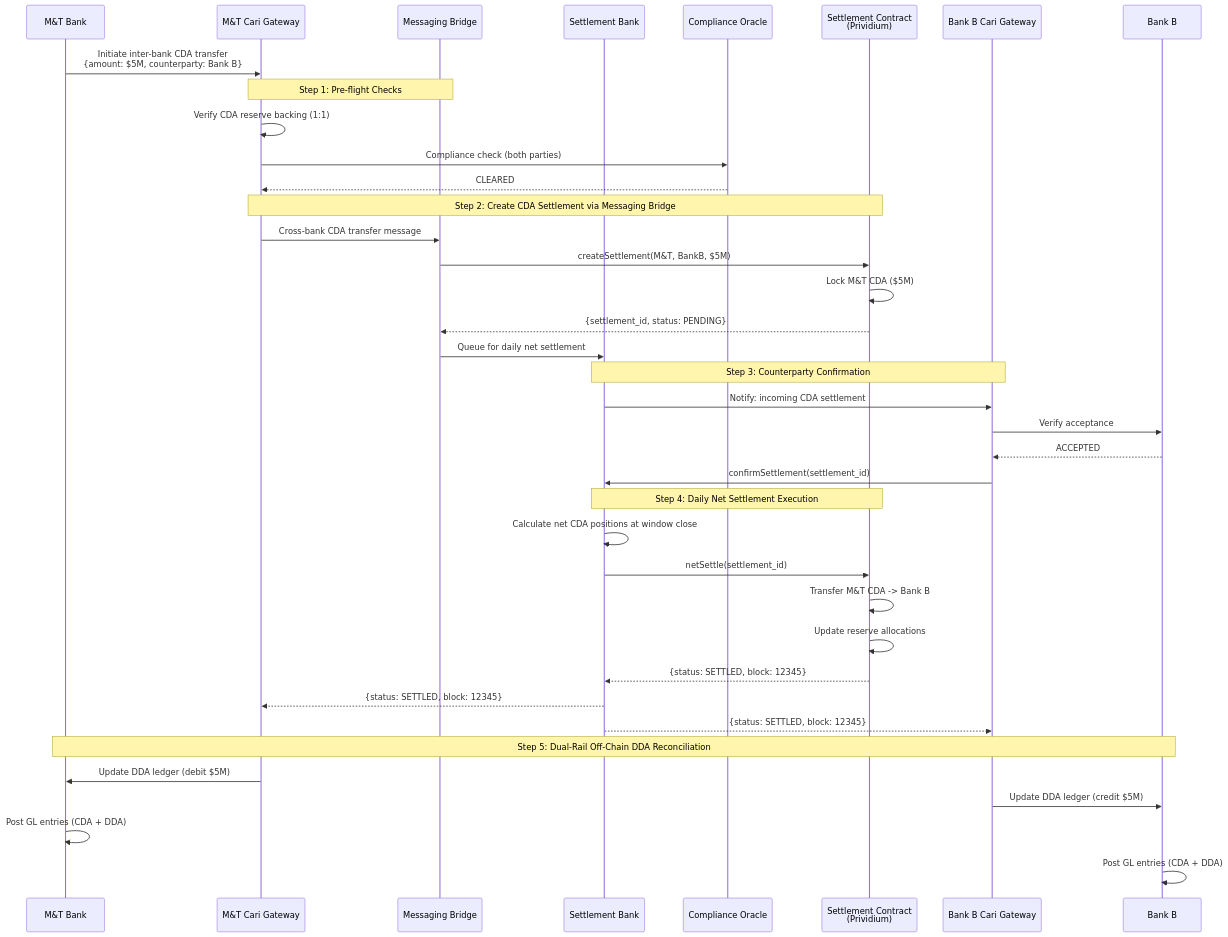
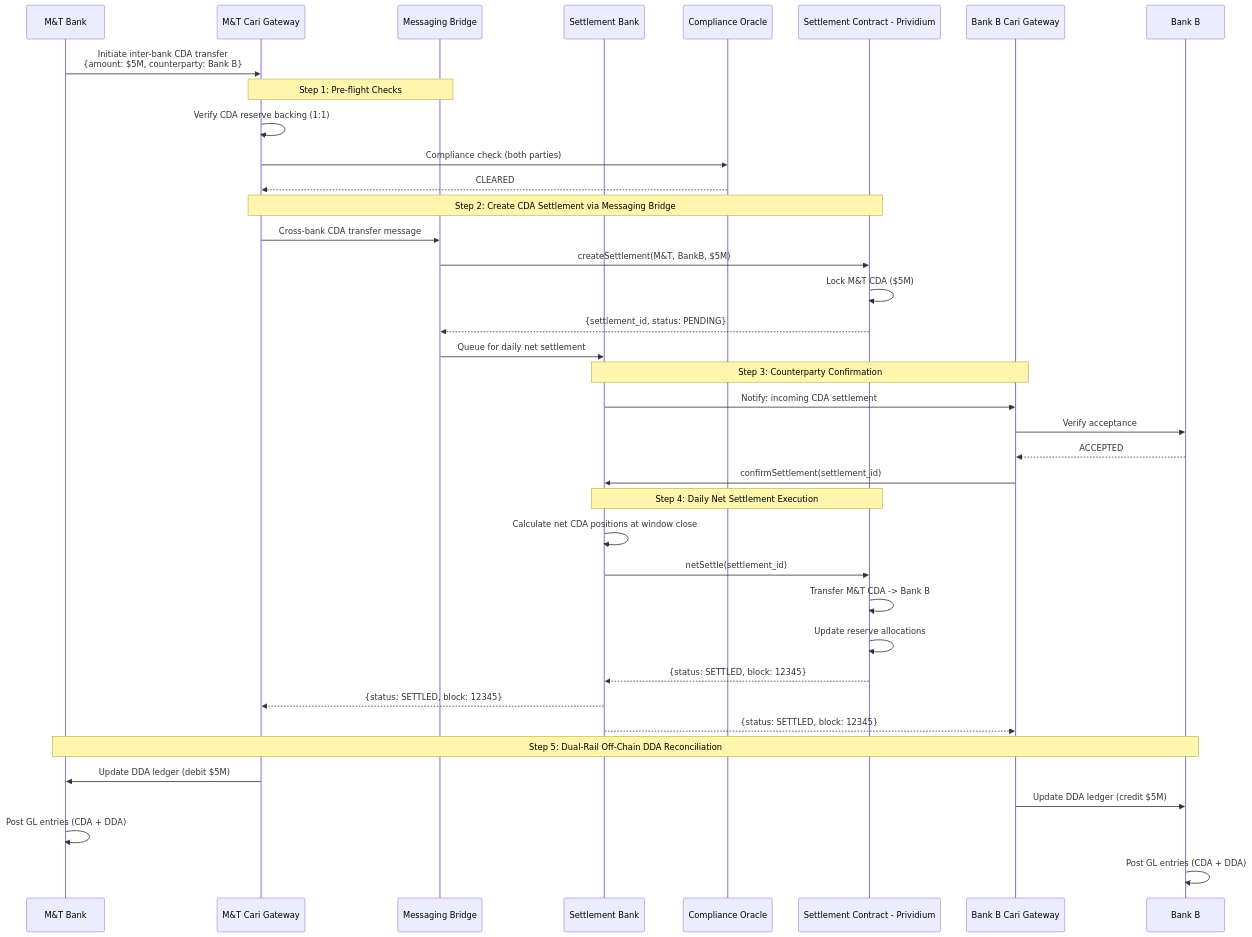
One commit to jnodes/tokenized-deposits changed the third of 7 diagrams in arb_package/end_to_end_flows.md. Above: the diagram before and after it, drawn with Mermaid. The commit also changed other lines of this file and 6 other files, not shown here.

Commit message:
fix: repair Mermaid diagram syntax for GitHub rendering — quote special chars, remove em-dashes, fix participant labels

````diff
--- a/arb_package/end_to_end_flows.md
+++ b/arb_package/end_to_end_flows.md
@@ -145,46 +145,46 @@
 ```mermaid
 sequenceDiagram
     participant MT as M&T Bank
     participant MT_GW as M&T Cari Gateway
     participant BRIDGE as Messaging Bridge
     participant SBANK as Settlement Bank
     participant ORACLE as Compliance Oracle
-    participant SETTLE as Settlement Contract<br/>(Prividium)
+    participant SETTLE as Settlement Contract - Prividium
     participant BP_GW as Bank B Cari Gateway
     participant BP as Bank B
 
     MT->>MT_GW: Initiate inter-bank CDA transfer<br/>{amount: $5M, counterparty: Bank B}
 
     Note over MT_GW,BRIDGE: Step 1: Pre-flight Checks
     MT_GW->>MT_GW: Verify CDA reserve backing (1:1)
     MT_GW->>ORACLE: Compliance check (both parties)
     ORACLE-->>MT_GW: CLEARED
 
     Note over MT_GW,SETTLE: Step 2: Create CDA Settlement via Messaging Bridge
     MT_GW->>BRIDGE: Cross-bank CDA transfer message
     BRIDGE->>SETTLE: createSettlement(M&T, BankB, $5M)
     SETTLE->>SETTLE: Lock M&T CDA ($5M)
     SETTLE-->>BRIDGE: {settlement_id, status: PENDING}
     BRIDGE->>SBANK: Queue for daily net settlement
 
     Note over SBANK,BP_GW: Step 3: Counterparty Confirmation
     SBANK->>BP_GW: Notify: incoming CDA settlement
     BP_GW->>BP: Verify acceptance
     BP-->>BP_GW: ACCEPTED
     BP_GW->>SBANK: confirmSettlement(settlement_id)
 
     Note over SBANK,SETTLE: Step 4: Daily Net Settlement Execution
     SBANK->>SBANK: Calculate net CDA positions at window close
     SBANK->>SETTLE: netSettle(settlement_id)
     SETTLE->>SETTLE: Transfer M&T CDA -> Bank B
     SETTLE->>SETTLE: Update reserve allocations
     SETTLE-->>SBANK: {status: SETTLED, block: 12345}
     SBANK-->>MT_GW: {status: SETTLED, block: 12345}
     SBANK-->>BP_GW: {status: SETTLED, block: 12345}
 
     Note over MT,BP: Step 5: Dual-Rail Off-Chain DDA Reconciliation
     MT_GW->>MT: Update DDA ledger (debit $5M)
     BP_GW->>BP: Update DDA ledger (credit $5M)
     MT->>MT: Post GL entries (CDA + DDA)
     BP->>BP: Post GL entries (CDA + DDA)
 ```
````
